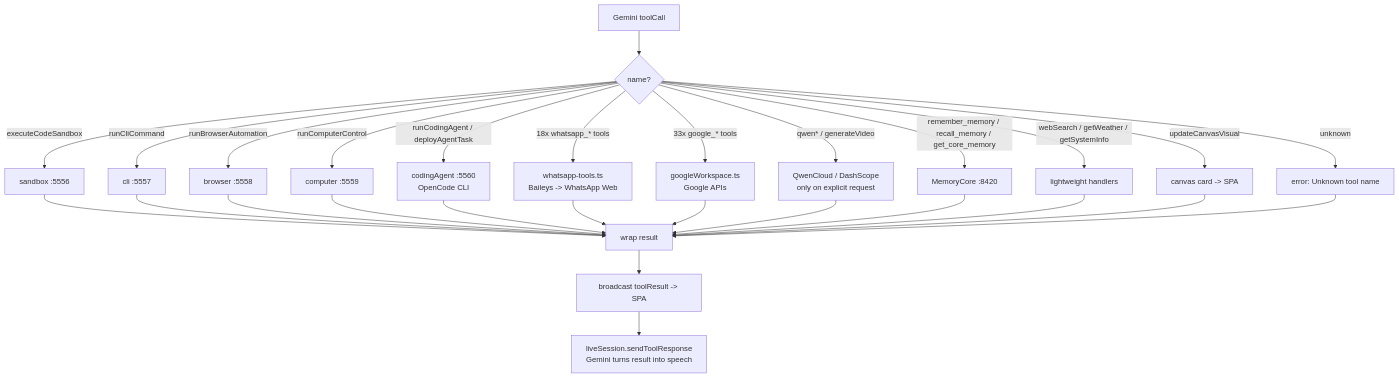
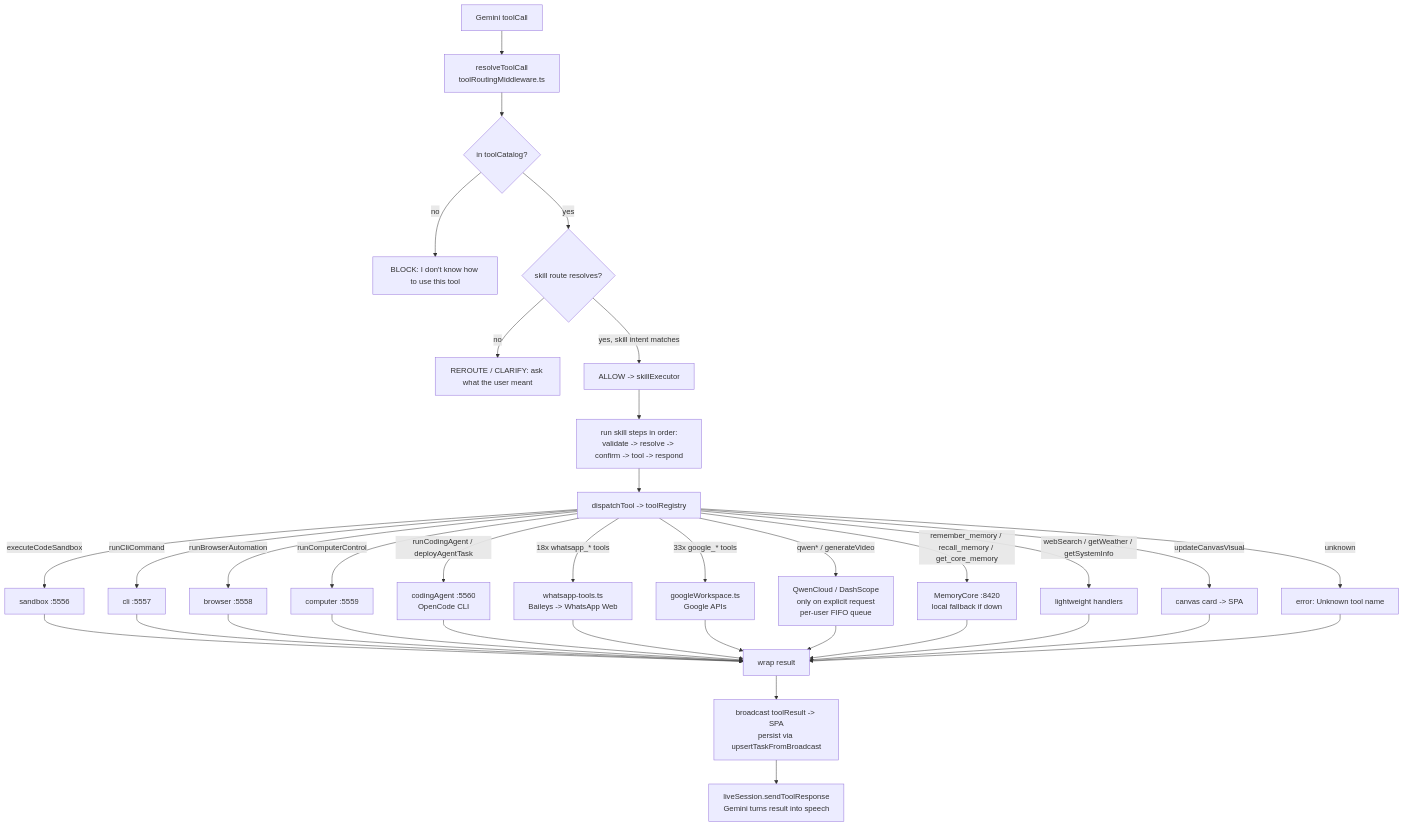
The fourth of 9 diagrams in FLOW.md (lovegold120221-dot/remix-beatrice-oss), drawn with Mermaid before and after one commit. The commit also changed other lines of this file and 2 other files, not shown here.

Commit message:
docs: refresh FLOW.md/APP_LOGIC.md for auth, skill routing, declarations, memory fallback, video queue, task store

````diff
--- a/FLOW.md
+++ b/FLOW.md
@@ -79,30 +109,37 @@
 ```mermaid
 flowchart TD
-    A[Gemini toolCall] --> B{name?}
-    B -->|executeCodeSandbox| C[sandbox :5556]
-    B -->|runCliCommand| D[cli :5557]
-    B -->|runBrowserAutomation| E[browser :5558]
-    B -->|runComputerControl| F[computer :5559]
-    B -->|runCodingAgent / deployAgentTask| G[codingAgent :5560<br/>OpenCode CLI]
-    B -->|18x whatsapp_* tools| H[whatsapp-tools.ts<br/>Baileys -> WhatsApp Web]
-    B -->|33x google_* tools| I[googleWorkspace.ts<br/>Google APIs]
-    B -->|qwen* / generateVideo| J[QwenCloud / DashScope<br/>only on explicit request]
-    B -->|remember_memory / recall_memory / get_core_memory| K[MemoryCore :8420]
-    B -->|webSearch / getWeather / getSystemInfo| L[lightweight handlers]
-    B -->|updateCanvasVisual| M[canvas card -> SPA]
-    B -->|unknown| N[error: Unknown tool name]
+    A[Gemini toolCall] --> B[resolveToolCall<br/>toolRoutingMiddleware.ts]
+    B --> CAT{in toolCatalog?}
+    CAT -->|no| BLK[BLOCK: I don't know how to use this tool]
+    CAT -->|yes| Q{skill route resolves?}
+    Q -->|no| RER[REROUTE / CLARIFY: ask what the user meant]
+    Q -->|yes, skill intent matches| ALLOW[ALLOW -> skillExecutor]
+    ALLOW --> S[run skill steps in order:<br/>validate -> resolve -> confirm -> tool -> respond]
+    S --> DISP[dispatchTool -> toolRegistry]
+    DISP -->|executeCodeSandbox| C[sandbox :5556]
+    DISP -->|runCliCommand| D[cli :5557]
+    DISP -->|runBrowserAutomation| E[browser :5558]
+    DISP -->|runComputerControl| F[computer :5559]
+    DISP -->|runCodingAgent / deployAgentTask| G[codingAgent :5560<br/>OpenCode CLI]
+    DISP -->|18x whatsapp_* tools| H[whatsapp-tools.ts<br/>Baileys -> WhatsApp Web]
+    DISP -->|33x google_* tools| I[googleWorkspace.ts<br/>Google APIs]
+    DISP -->|qwen* / generateVideo| J[QwenCloud / DashScope<br/>only on explicit request<br/>per-user FIFO queue]
+    DISP -->|remember_memory / recall_memory / get_core_memory| K[MemoryCore :8420<br/>local fallback if down]
+    DISP -->|webSearch / getWeather / getSystemInfo| L[lightweight handlers]
+    DISP -->|updateCanvasVisual| M[canvas card -> SPA]
+    DISP -->|unknown| N[error: Unknown tool name]
     C --> R[wrap result]
     D --> R
     E --> R
     F --> R
     G --> R
     H --> R
     I --> R
     J --> R
     K --> R
     L --> R
     M --> R
     N --> R
-    R --> S[broadcast toolResult -> SPA]
-    S --> T[liveSession.sendToolResponse<br/>Gemini turns result into speech]
+    R --> S2[broadcast toolResult -> SPA<br/>persist via upsertTaskFromBroadcast]
+    S2 --> T[liveSession.sendToolResponse<br/>Gemini turns result into speech]
 ```
````
